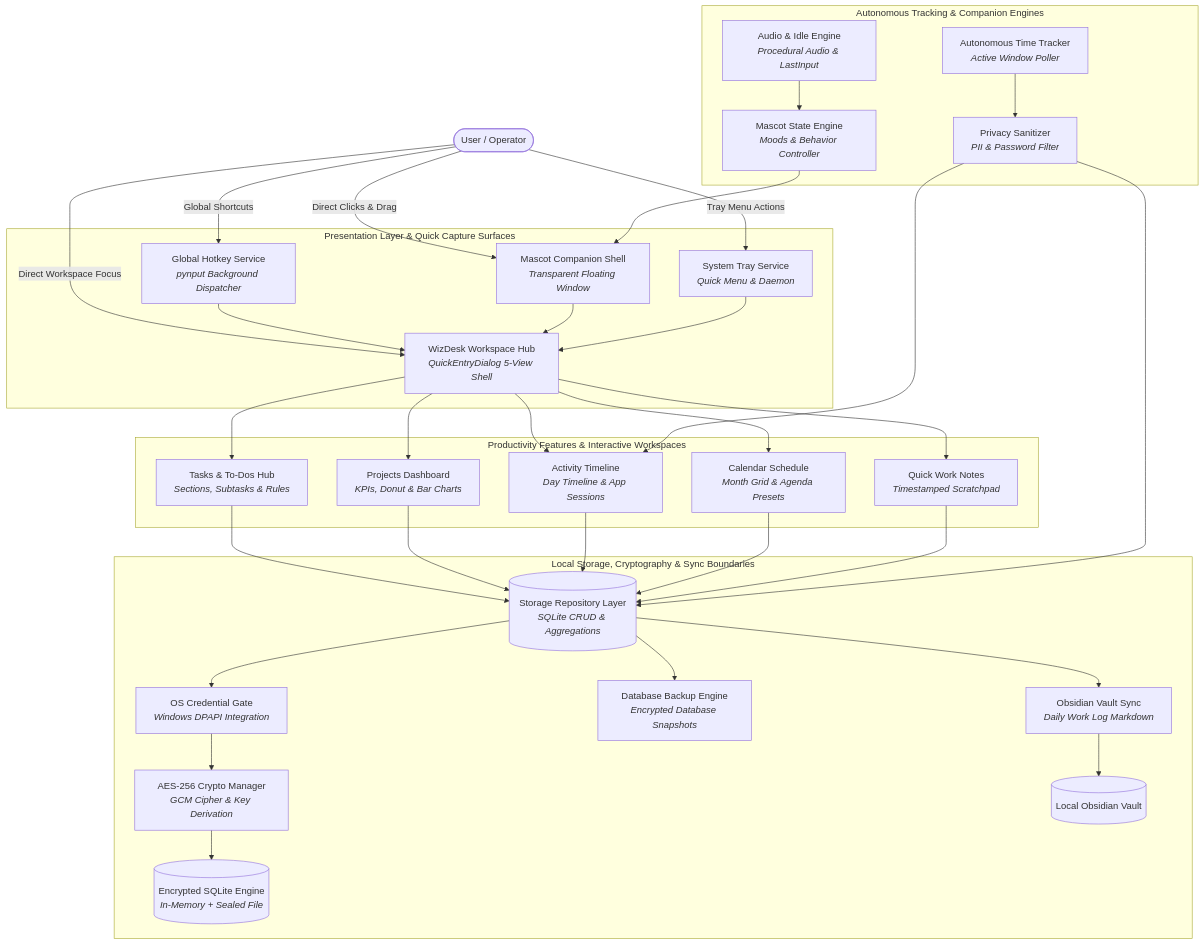
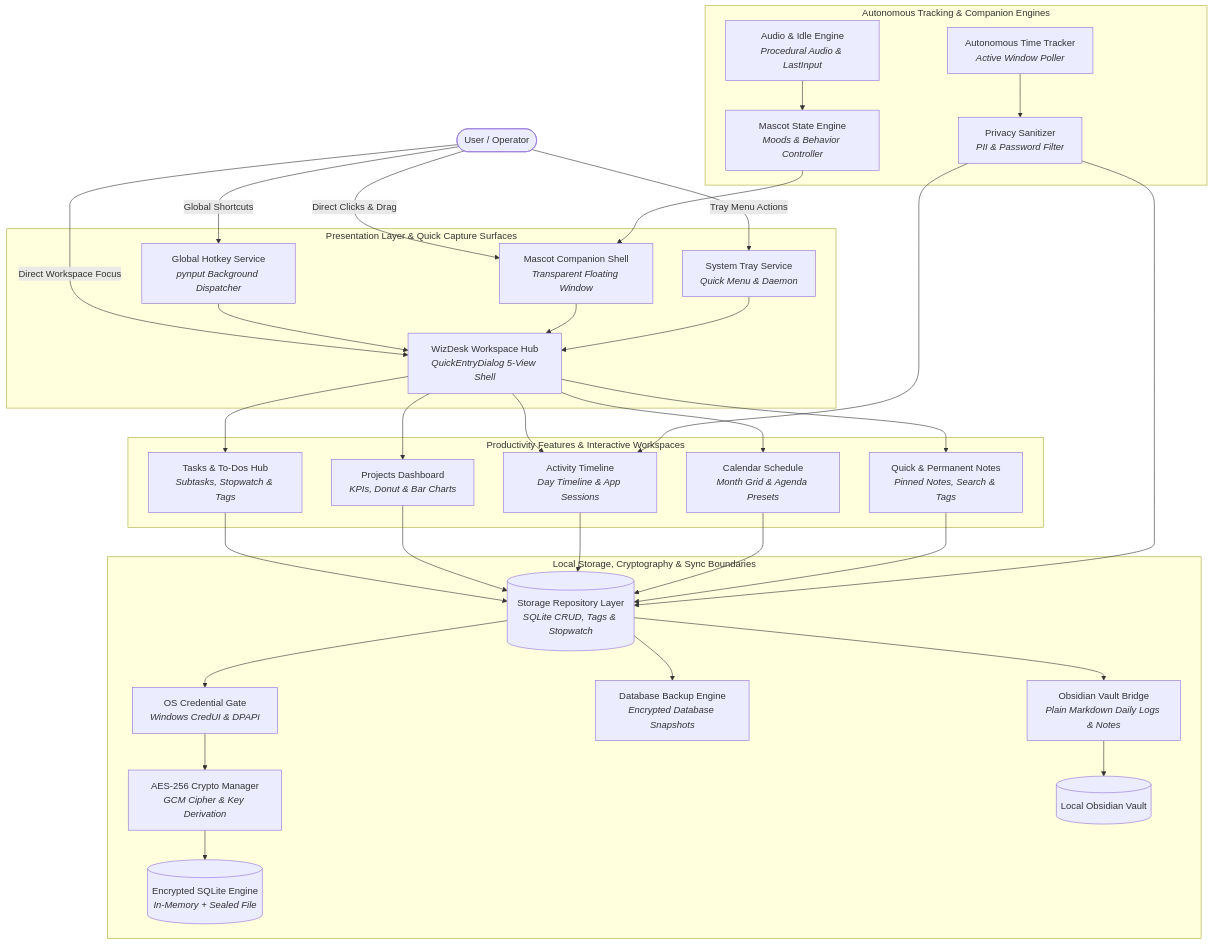
One commit to Lukog10/WizDesk changed the diagram in README.md. Above: the diagram before and after it, drawn with Mermaid. The commit also changed other lines of this file and 1802 other files, not shown here.

````diff
--- a/README.md
+++ b/README.md
@@ -144,72 +146,72 @@
 ```mermaid
 graph TD
     USER([User / Operator])
 
     subgraph Triggers [Presentation Layer & Quick Capture Surfaces]
         HOTKEYS[Global Hotkey Service<br><i>pynput Background Dispatcher</i>]
         MASCOT[Mascot Companion Shell<br><i>Transparent Floating Window</i>]
         TRAY[System Tray Service<br><i>Quick Menu & Daemon</i>]
         WORKSPACE[WizDesk Workspace Hub<br><i>QuickEntryDialog 5-View Shell</i>]
     end
 
     subgraph Workspaces [Productivity Features & Interactive Workspaces]
-        VIEW_TASKS[Tasks & To-Dos Hub<br><i>Sections, Subtasks & Rules</i>]
+        VIEW_TASKS[Tasks & To-Dos Hub<br><i>Subtasks, Stopwatch & Tags</i>]
         VIEW_DASH[Projects Dashboard<br><i>KPIs, Donut & Bar Charts</i>]
         VIEW_TIMELINE[Activity Timeline<br><i>Day Timeline & App Sessions</i>]
         VIEW_CAL[Calendar Schedule<br><i>Month Grid & Agenda Presets</i>]
-        VIEW_NOTES[Quick Work Notes<br><i>Timestamped Scratchpad</i>]
+        VIEW_NOTES[Quick & Permanent Notes<br><i>Pinned Notes, Search & Tags</i>]
     end
 
     subgraph Tracking_Pipeline [Autonomous Tracking & Companion Engines]
         POLLER[Autonomous Time Tracker<br><i>Active Window Poller</i>]
         SANITIZER[Privacy Sanitizer<br><i>PII & Password Filter</i>]
         IDLE_ENGINE[Audio & Idle Engine<br><i>Procedural Audio & LastInput</i>]
         STATE_ENGINE[Mascot State Engine<br><i>Moods & Behavior Controller</i>]
     end
 
     subgraph Storage_Pipeline [Local Storage, Cryptography & Sync Boundaries]
-        REPO[(Storage Repository Layer<br><i>SQLite CRUD & Aggregations</i>)]
-        GATE[OS Credential Gate<br><i>Windows DPAPI Integration</i>]
+        REPO[(Storage Repository Layer<br><i>SQLite CRUD, Tags & Stopwatch</i>)]
+        GATE[OS Credential Gate<br><i>Windows CredUI & DPAPI</i>]
         CRYPTO[AES-256 Crypto Manager<br><i>GCM Cipher & Key Derivation</i>]
         SQLITE[(Encrypted SQLite Engine<br><i>In-Memory + Sealed File</i>)]
         BACKUP[Database Backup Engine<br><i>Encrypted Database Snapshots</i>]
-        OBSIDIAN[Obsidian Vault Sync<br><i>Daily Work Log Markdown</i>]
+        OBSIDIAN[Obsidian Vault Bridge<br><i>Plain Markdown Daily Logs & Notes</i>]
         VAULT[(Local Obsidian Vault)]
     end
 
     USER -->|Global Shortcuts| HOTKEYS
     USER -->|Direct Clicks & Drag| MASCOT
     USER -->|Tray Menu Actions| TRAY
     USER -->|Direct Workspace Focus| WORKSPACE
 
     HOTKEYS --> WORKSPACE
     MASCOT --> WORKSPACE
     TRAY --> WORKSPACE
 
     WORKSPACE --> VIEW_TASKS
     WORKSPACE --> VIEW_DASH
     WORKSPACE --> VIEW_TIMELINE
     WORKSPACE --> VIEW_CAL
     WORKSPACE --> VIEW_NOTES
 
     VIEW_TASKS --> REPO
     VIEW_DASH --> REPO
     VIEW_TIMELINE --> REPO
     VIEW_CAL --> REPO
     VIEW_NOTES --> REPO
 
     POLLER --> SANITIZER
     SANITIZER --> REPO
     SANITIZER --> VIEW_TIMELINE
 
     IDLE_ENGINE --> STATE_ENGINE
     STATE_ENGINE --> MASCOT
 
     REPO --> GATE
     GATE --> CRYPTO
     CRYPTO --> SQLITE
     REPO --> BACKUP
 
     REPO --> OBSIDIAN
     OBSIDIAN --> VAULT
 ```
````
